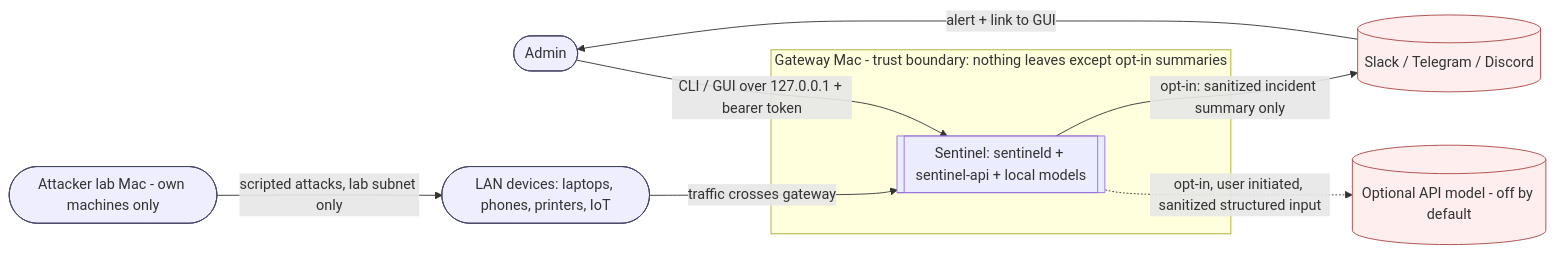
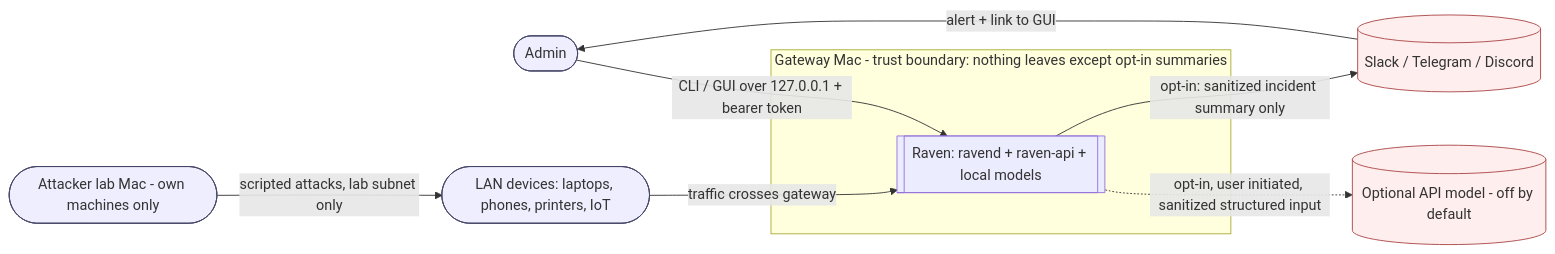
One commit to MRX-72/Hackt0b3r changed the diagram in docs/diagrams/01-system-context.mmd. Above: the diagram before and after it, drawn with Mermaid. The commit also changed 156 other files, not shown here.

```diff
--- a/docs/diagrams/01-system-context.mmd
+++ b/docs/diagrams/01-system-context.mmd
@@ -1,18 +1,18 @@
-%% 01 System context: actors, Sentinel, external services, trust boundary
+%% 01 System context: actors, Raven, external services, trust boundary
 flowchart LR
   admin([Admin]):::actor
   devices([LAN devices: laptops, phones, printers, IoT]):::actor
   lab([Attacker lab Mac - own machines only]):::actor
   subgraph gw[Gateway Mac - trust boundary: nothing leaves except opt-in summaries]
-    sentinel[[Sentinel: sentineld + sentinel-api + local models]]
+    raven[[Raven: ravend + raven-api + local models]]
   end
   notif[(Slack / Telegram / Discord)]:::ext
   apimodel[(Optional API model - off by default)]:::ext
-  devices -- "traffic crosses gateway" --> sentinel
+  devices -- "traffic crosses gateway" --> raven
   lab -- "scripted attacks, lab subnet only" --> devices
-  admin -- "CLI / GUI over 127.0.0.1 + bearer token" --> sentinel
-  sentinel -- "opt-in: sanitized incident summary only" --> notif
-  sentinel -. "opt-in, user initiated, sanitized structured input" .-> apimodel
+  admin -- "CLI / GUI over 127.0.0.1 + bearer token" --> raven
+  raven -- "opt-in: sanitized incident summary only" --> notif
+  raven -. "opt-in, user initiated, sanitized structured input" .-> apimodel
   notif -- "alert + link to GUI" --> admin
   classDef actor fill:#eef,stroke:#446
   classDef ext fill:#fee,stroke:#a44
```
